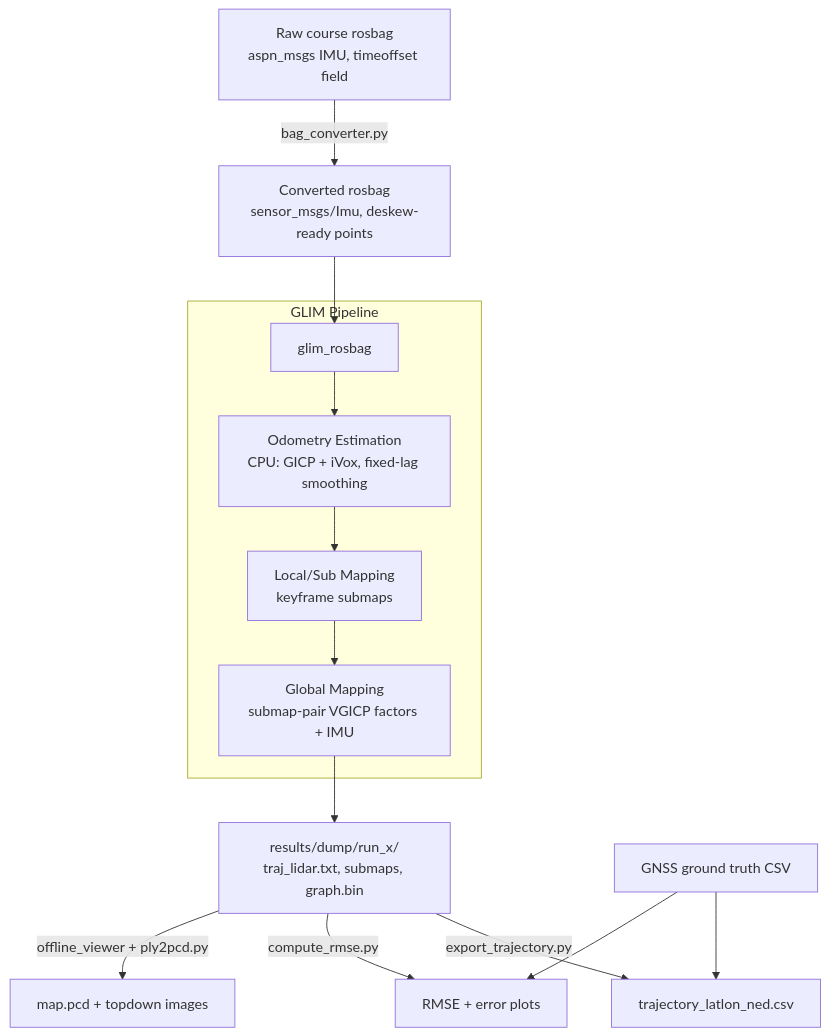
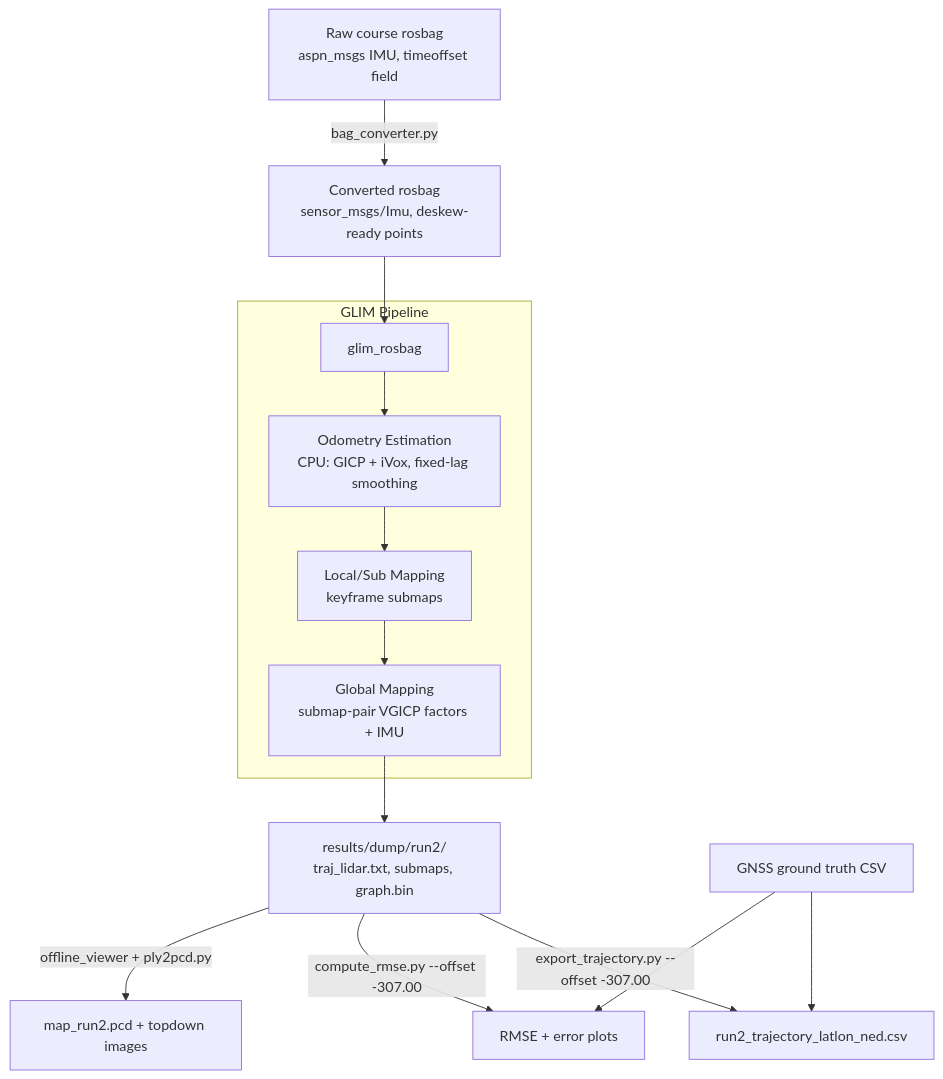
One commit to Armin-Ebrahimi-Saba/LIDAR-Odometry changed the diagram in README.md. Above: the diagram before and after it, drawn with Mermaid. The commit also changed other lines of this file, not shown here.

````diff
--- a/README.md
+++ b/README.md
@@ -36,16 +36,16 @@
 ```mermaid
 flowchart TD
     A[Raw course rosbag<br/>aspn_msgs IMU, timeoffset field] -->|bag_converter.py| B[Converted rosbag<br/>sensor_msgs/Imu, deskew-ready points]
     B --> C[glim_rosbag]
     subgraph GLIM Pipeline
         C --> D[Odometry Estimation<br/>CPU: GICP + iVox, fixed-lag smoothing]
         D --> E[Local/Sub Mapping<br/>keyframe submaps]
         E --> F[Global Mapping<br/>submap-pair VGICP factors + IMU]
     end
-    F --> G[results/dump/run_x/<br/>traj_lidar.txt, submaps, graph.bin]
-    G -->|export_trajectory.py| H[trajectory_latlon_ned.csv]
-    G -->|compute_rmse.py| I[RMSE + error plots]
-    G -->|offline_viewer + ply2pcd.py| J[map.pcd + topdown images]
+    F --> G[results/dump/run2/<br/>traj_lidar.txt, submaps, graph.bin]
+    G -->|export_trajectory.py --offset -307.00| H[run2_trajectory_latlon_ned.csv]
+    G -->|compute_rmse.py --offset -307.00| I[RMSE + error plots]
+    G -->|offline_viewer + ply2pcd.py| J[map_run2.pcd + topdown images]
     K[GNSS ground truth CSV] --> H
     K --> I
 ```
````
